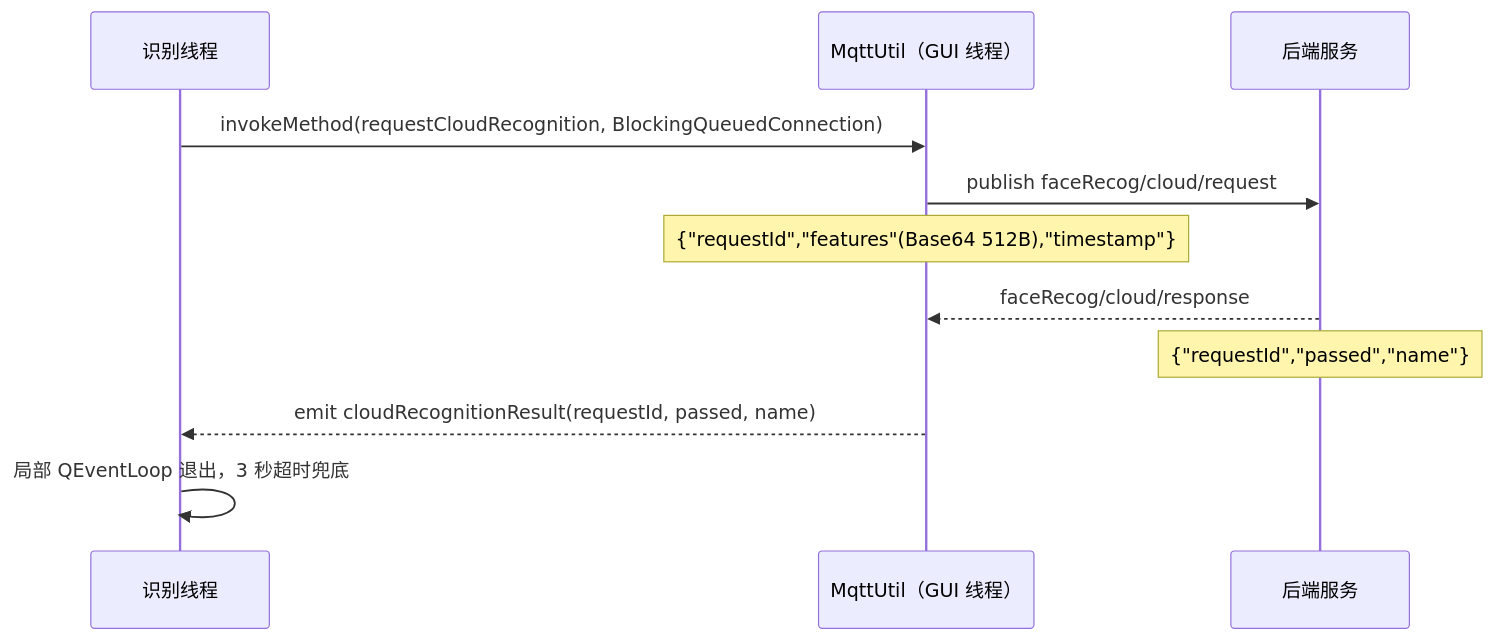
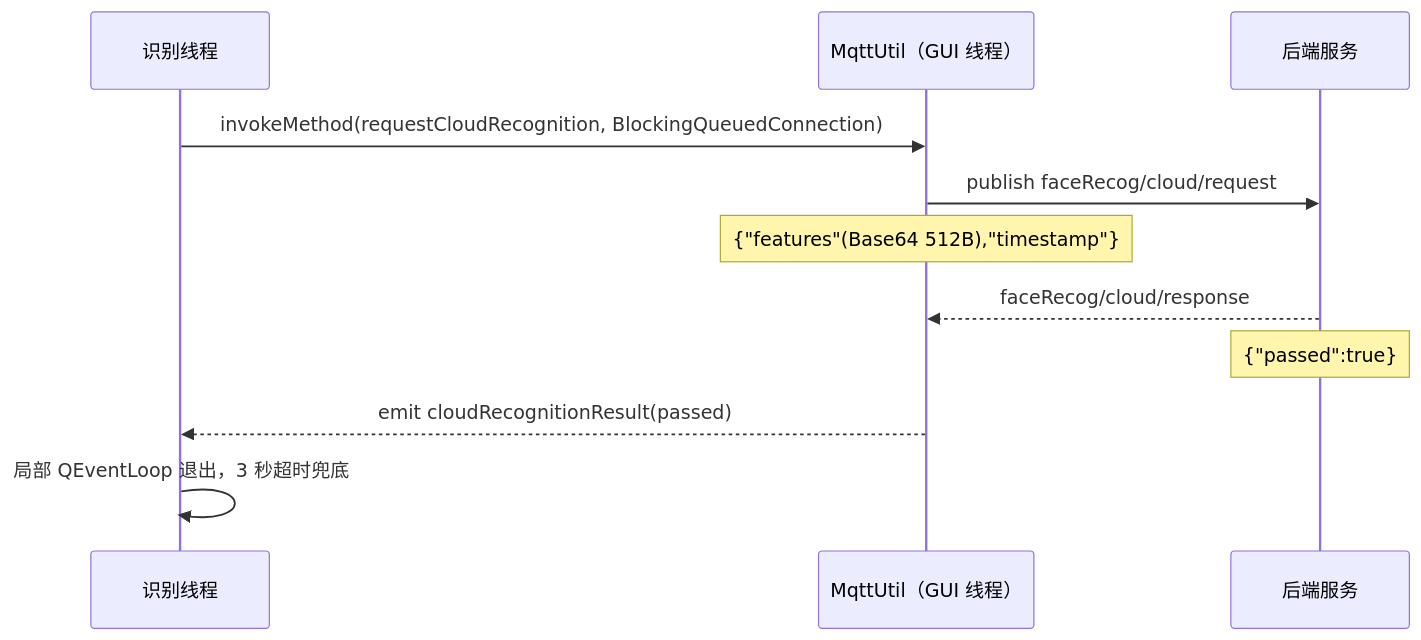
One commit to ccc727952-sudo/accessControlSystem_faceRecognition changed the fourth of 7 diagrams in 项目说明.md. Above: the diagram before and after it, drawn with Mermaid. The commit also changed other lines of this file and 5 other files, not shown here.

````diff
--- a/项目说明.md
+++ b/项目说明.md
@@ -230,14 +230,14 @@
 ```mermaid
 sequenceDiagram
     participant W as 识别线程
     participant M as MqttUtil（GUI 线程）
     participant B as 后端服务
 
     W->>M: invokeMethod(requestCloudRecognition, BlockingQueuedConnection)
     M->>B: publish faceRecog/cloud/request
-    Note over M: {"requestId","features"(Base64 512B),"timestamp"}
+    Note over M: {"features"(Base64 512B),"timestamp"}
     B-->>M: faceRecog/cloud/response
-    Note over B: {"requestId","passed","name"}
-    M-->>W: emit cloudRecognitionResult(requestId, passed, name)
+    Note over B: {"passed":true}
+    M-->>W: emit cloudRecognitionResult(passed)
     W->>W: 局部 QEventLoop 退出，3 秒超时兜底
 ```
````
